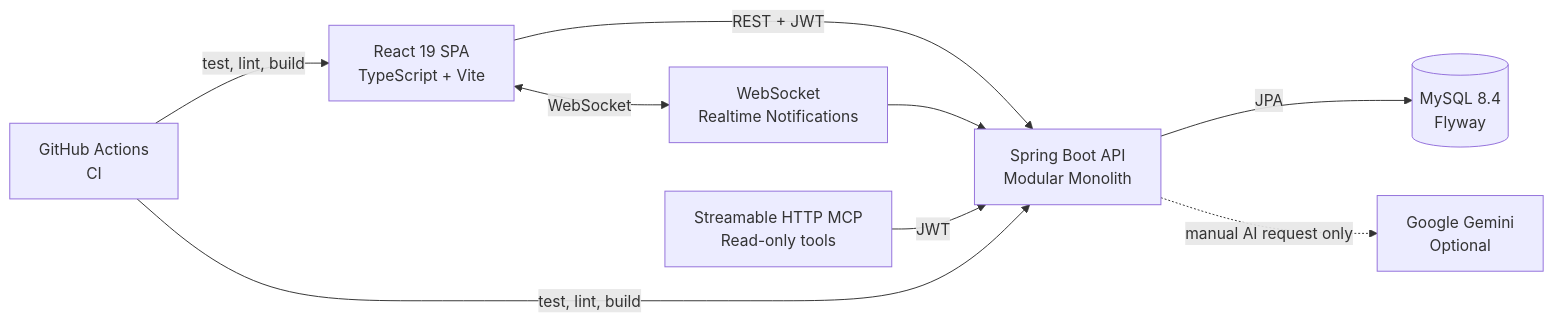
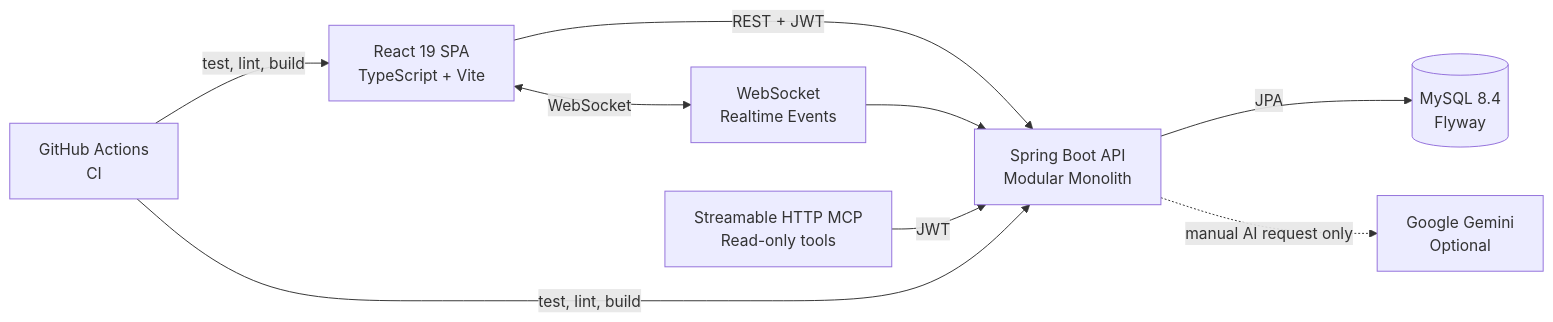
The first of 2 diagrams in README.md (kimsesdook/Billiards-Analysis), drawn with Mermaid before and after one commit. The commit also changed other lines of this file and 17 other files, not shown here.

Commit message:
feat: 게임방 실시간 WebSocket 이벤트 추가

````diff
--- a/README.md
+++ b/README.md
@@ -26,19 +27,19 @@
 ```mermaid
 flowchart LR
     Browser["React 19 SPA\nTypeScript + Vite"]
     API["Spring Boot API\nModular Monolith"]
     DB[("MySQL 8.4\nFlyway")]
-    Socket["WebSocket\nRealtime Notifications"]
+    Socket["WebSocket\nRealtime Events"]
     MCP["Streamable HTTP MCP\nRead-only tools"]
     Gemini["Google Gemini\nOptional"]
     CI["GitHub Actions\nCI"]
 
     Browser -->|"REST + JWT"| API
     Browser <-->|"WebSocket"| Socket
     Socket --> API
     API -->|"JPA"| DB
     MCP -->|"JWT"| API
     API -. "manual AI request only" .-> Gemini
     CI -->|"test, lint, build"| API
     CI -->|"test, lint, build"| Browser
 ```
````
